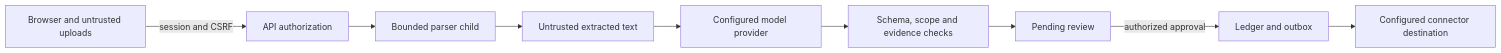
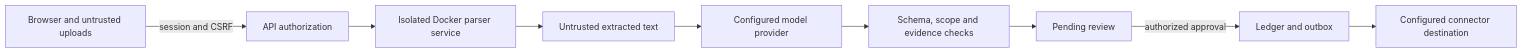
The diagram in docs/SECURITY.md (sudo8phoenix/Time_Agent), drawn with Mermaid before and after one commit. The commit also changed other lines of this file and 33 other files, not shown here.

````diff
--- a/docs/SECURITY.md
+++ b/docs/SECURITY.md
@@ -14,11 +14,11 @@
 ```mermaid
 flowchart LR
     U[Browser and untrusted uploads] -->|session and CSRF| A[API authorization]
-    A --> P[Bounded parser child]
+    A --> P[Isolated Docker parser service]
     P --> T[Untrusted extracted text]
     T --> L[Configured model provider]
     L --> V[Schema, scope and evidence checks]
     V --> R[Pending review]
     R -->|authorized approval| D[Ledger and outbox]
     D --> C[Configured connector destination]
 ```
````
